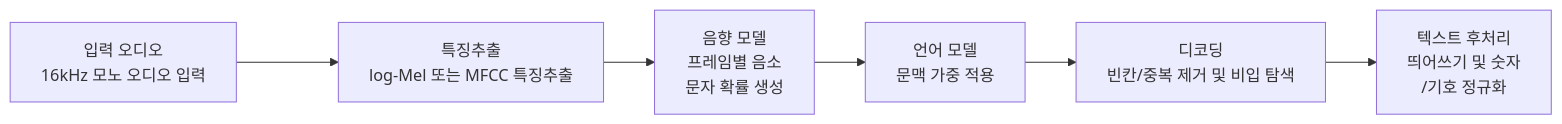
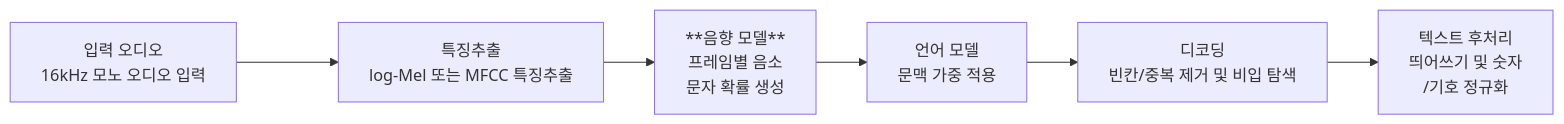
Before and after one commit to simpleego/AI_Perso: the diagram in 2) 음성 데이터 TTS와 STT 음성 모델 개발/source/code01.md, drawn with Mermaid.

Commit message:
Highlight acoustic model in flowchart

````diff
--- a/2) 음성 데이터 TTS와 STT 음성 모델 개발/source/code01.md
+++ b/2) 음성 데이터 TTS와 STT 음성 모델 개발/source/code01.md
@@ -3,7 +3,7 @@
 ```mermaid
 graph LR
     A["입력 오디오<br/>16kHz 모노 오디오 입력"] --->
-    B["특징추출<br/>log-Mel 또는 MFCC 특징추출"] --> C["음향 모델<br/>프레임별 음소<br>문자 확률 생성"]
+    B["특징추출<br/>log-Mel 또는 MFCC 특징추출"] --> C["**음향 모델** <br/>프레임별 음소<br>문자 확률 생성"]
      --> D["언어 모델<br/>문맥 가중 적용"]     --> E["디코딩<br/>빈칸/중복 제거 및 비입 탐색"]
      --> F["텍스트 후처리<br/>띄어쓰기 및 숫자<br>/기호 정규화"]
 ```
````
